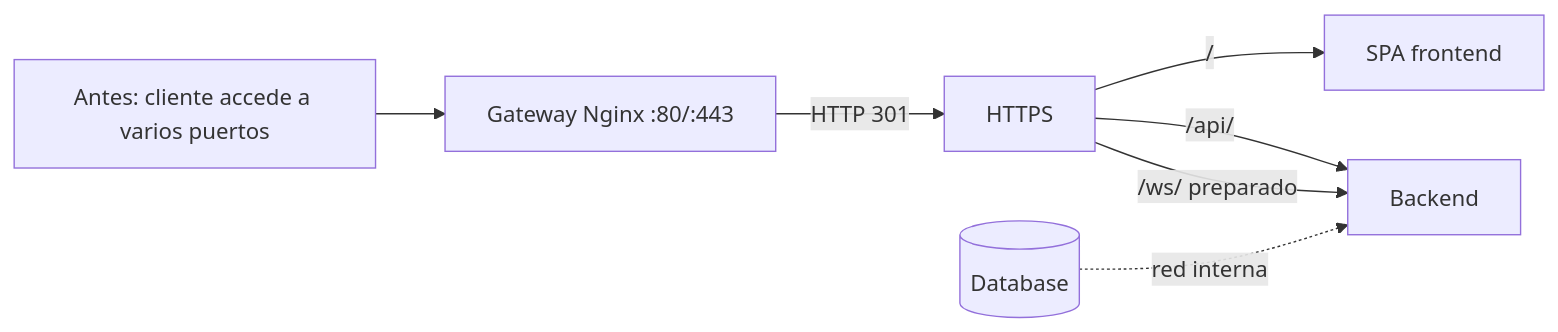
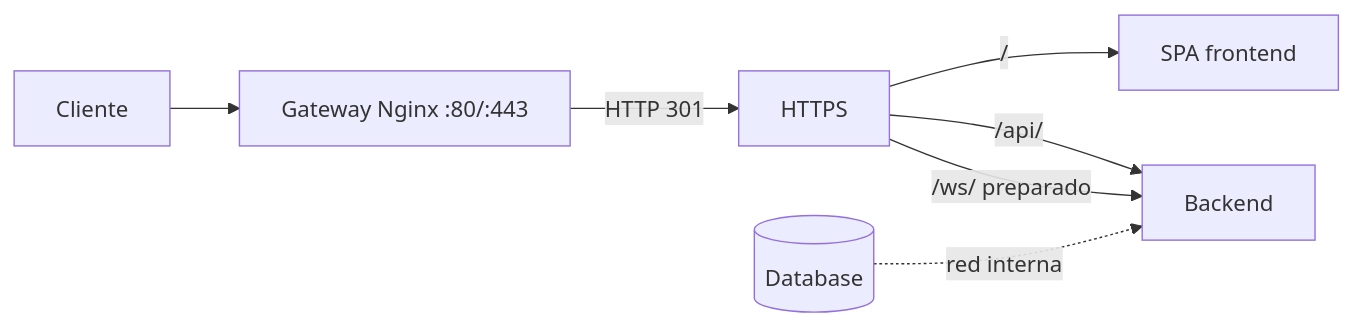
One commit to Anagamedina/ft_transcendence changed the second of 2 diagrams in docs/daruny/10-nginx-https/03-diagrama.md. Above: the diagram before and after it, drawn with Mermaid. The commit also changed other lines of this file and 42 other files, not shown here.

````diff
--- a/docs/daruny/10-nginx-https/03-diagrama.md
+++ b/docs/daruny/10-nginx-https/03-diagrama.md
@@ -3,9 +12,9 @@
 ```mermaid
 flowchart LR
- A[Antes: cliente accede a varios puertos] --> B[Gateway Nginx :80/:443]
+ A[Cliente] --> B[Gateway Nginx :80/:443]
  B -->|HTTP 301| C[HTTPS]
  C -->|/| D[SPA frontend]
  C -->|/api/| E[Backend]
  C -->|/ws/ preparado| E
  F[(Database)] -. red interna .-> E
 ```
````
